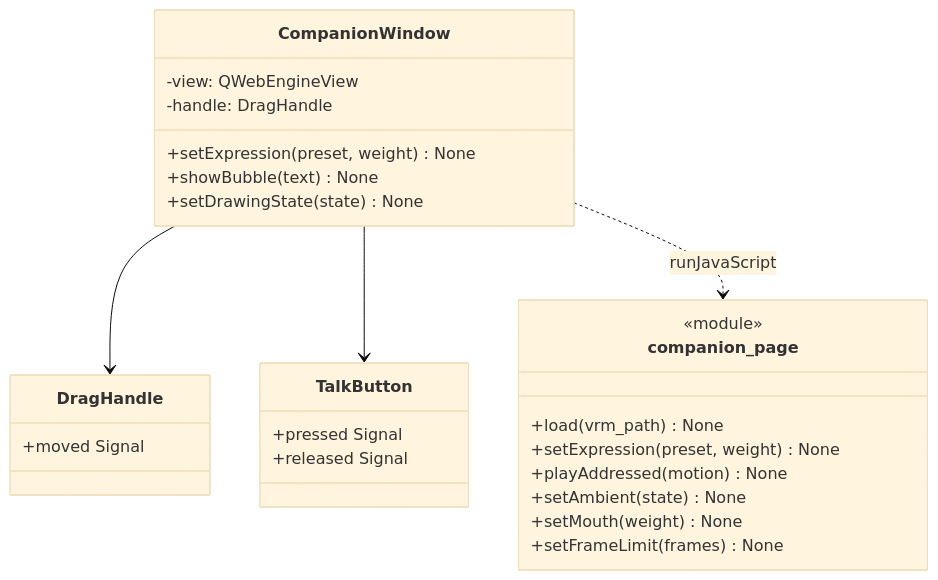
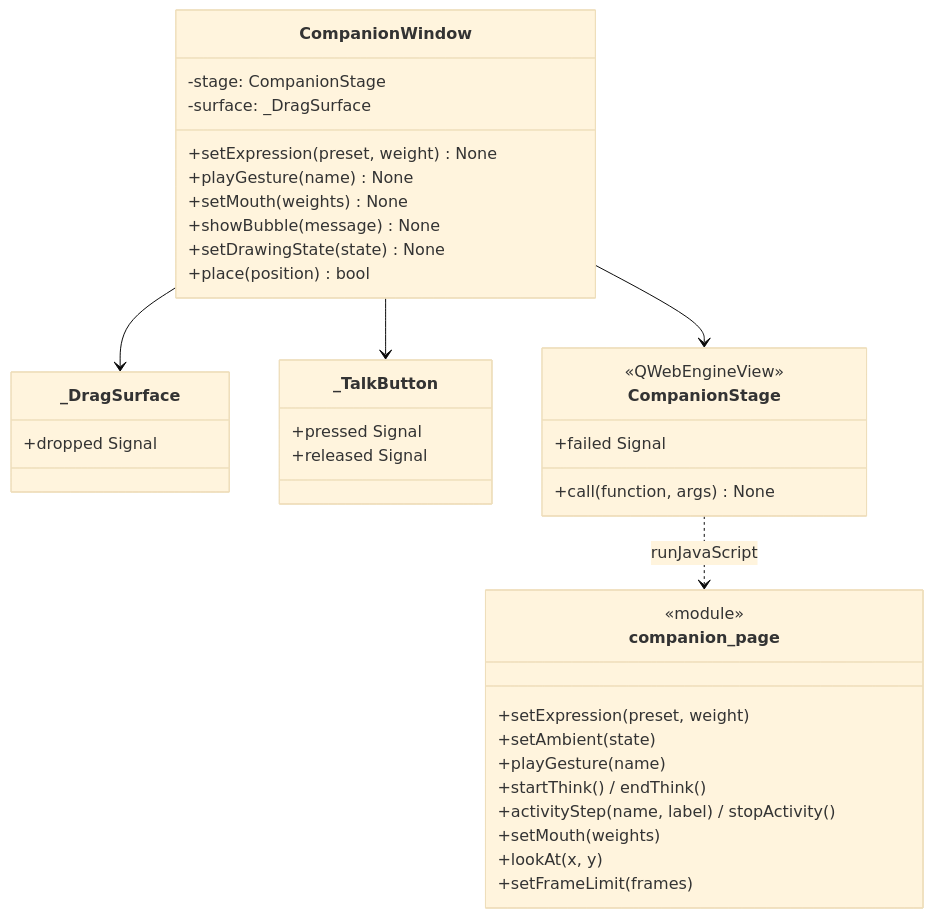
Diagram 28 of 46 in docs/architecture/ARCHITECTURE.md (NguyenVu04/cognia), drawn with Mermaid (base theme) before and after one commit. The commit also changed other lines of this file and 29 other files, not shown here.

````diff
--- a/docs/architecture/ARCHITECTURE.md
+++ b/docs/architecture/ARCHITECTURE.md
@@ -1956,33 +1960,45 @@
 ```mermaid
 classDiagram
     class CompanionWindow {
-        -view: QWebEngineView
-        -handle: DragHandle
+        -stage: CompanionStage
+        -surface: _DragSurface
         +setExpression(preset, weight) None
-        +showBubble(text) None
+        +playGesture(name) None
+        +setMouth(weights) None
+        +showBubble(message) None
         +setDrawingState(state) None
+        +place(position) bool
     }
 
-    class DragHandle {
-        +moved Signal
+    class _DragSurface {
+        +dropped Signal
     }
 
-    class TalkButton {
+    class _TalkButton {
         +pressed Signal
         +released Signal
     }
 
+    class CompanionStage {
+        <<QWebEngineView>>
+        +call(function, args) None
+        +failed Signal
+    }
+
     class companion_page {
         <<module>>
-        +load(vrm_path) None
-        +setExpression(preset, weight) None
-        +playAddressed(motion) None
-        +setAmbient(state) None
-        +setMouth(weight) None
-        +setFrameLimit(frames) None
+        +setExpression(preset, weight)
+        +setAmbient(state)
+        +playGesture(name)
+        +startThink() / endThink()
+        +activityStep(name, label) / stopActivity()
+        +setMouth(weights)
+        +lookAt(x, y)
+        +setFrameLimit(frames)
     }
 
-    CompanionWindow --> DragHandle
-    CompanionWindow --> TalkButton
-    CompanionWindow ..> companion_page : runJavaScript
+    CompanionWindow --> _DragSurface
+    CompanionWindow --> _TalkButton
+    CompanionWindow --> CompanionStage
+    CompanionStage ..> companion_page : runJavaScript
 ```
````
